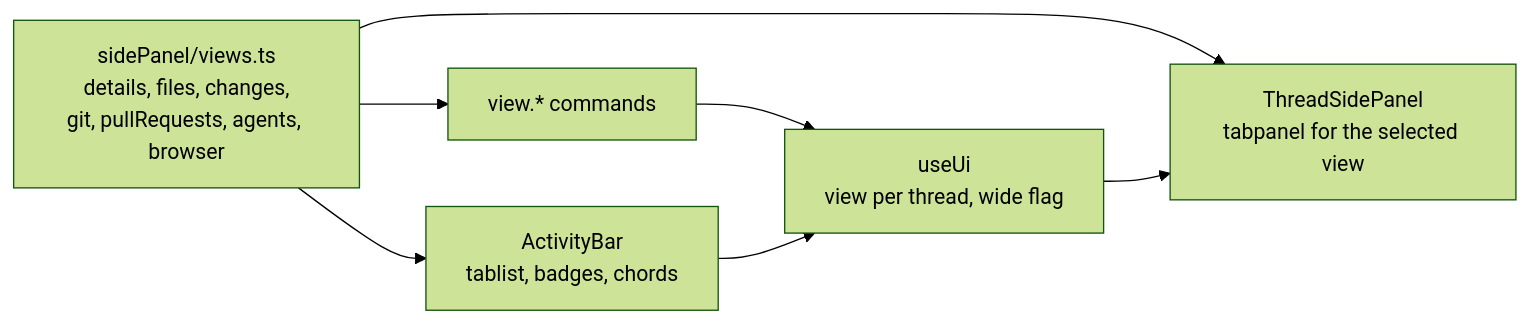
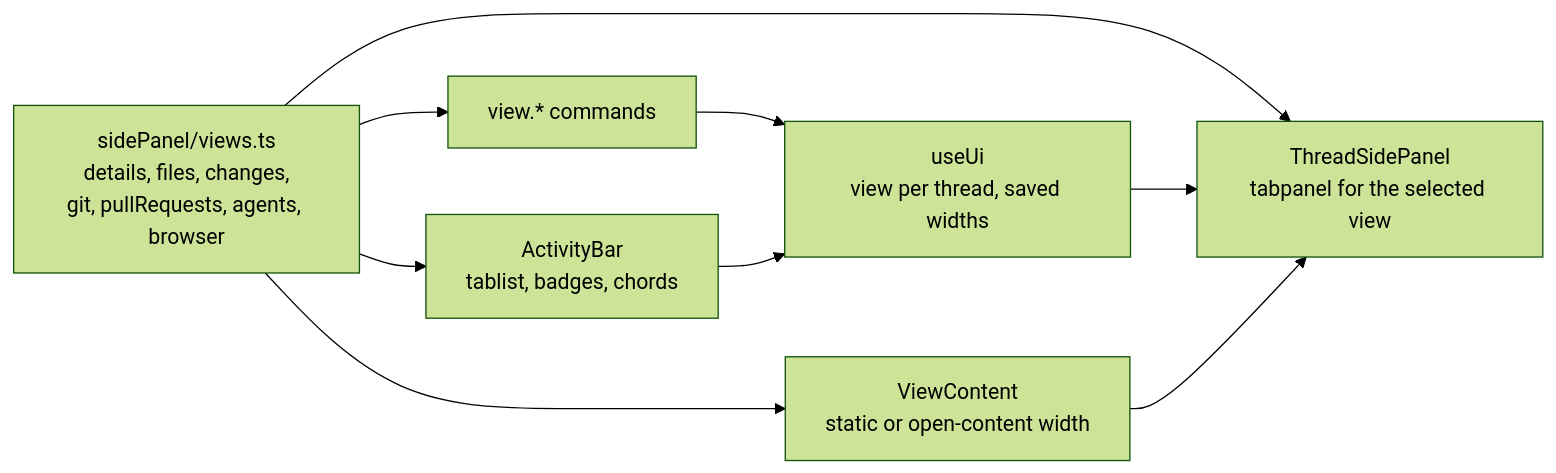
Before and after one commit to hinadev-ai/hinacode: the seventh of 16 diagrams in docs/arch.md, drawn with Mermaid (forest theme). The commit also changed 16 other files, not shown here.

````diff
--- a/docs/arch.md
+++ b/docs/arch.md
@@ -243,9 +243,11 @@
 ```mermaid
 flowchart LR
   registry["sidePanel/views.ts<br/>details, files, changes,<br/>git, pullRequests, agents, browser"]
   registry --> bar["ActivityBar<br/>tablist, badges, chords"]
   registry --> content["ThreadSidePanel<br/>tabpanel for the selected view"]
   registry --> commands["view.* commands"]
-  commands & bar --> ui["useUi<br/>view per thread, wide flag"]
+  commands & bar --> ui["useUi<br/>view per thread, saved widths"]
   ui --> content
+  registry --> width["ViewContent<br/>static or open-content width"]
+  width --> content
 ```
````
